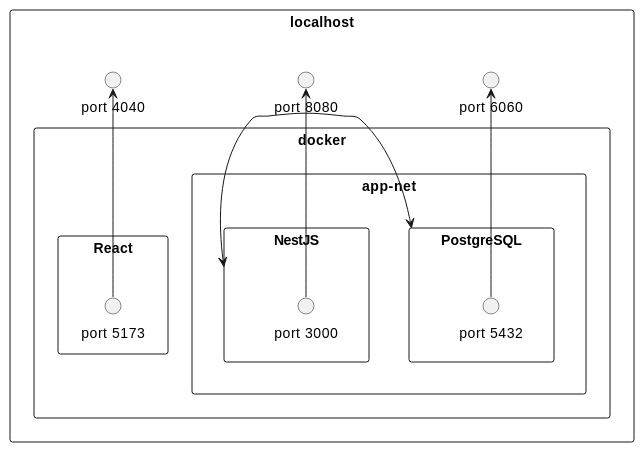
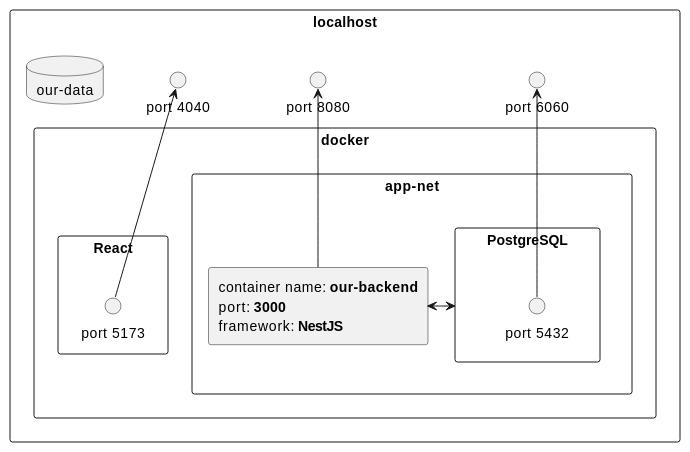
Before and after one commit to eprei/42_ft_transcendence: the diagram in docs/README.adoc, drawn with PlantUML. The commit also changed 1 other file, not shown here.

Commit message:
update diagram

```diff
--- a/docs/README.adoc
+++ b/docs/README.adoc
@@ -8,27 +8,30 @@
 [plantuml, target=assets/docker, format=svg, width=100%]
 ....
 rectangle localhost {
+	database "our-data" as our_data
 	circle "port 8080" as portout_nest
 	circle "port 6060" as portout_postgre
 	circle "port 4040" as portout_react
 
 	rectangle docker {
 		rectangle app-net {
-			rectangle NestJS {
-				circle "port 3000" as portin_nest
-			}
+			rectangle NestJS [
+				container name: <b>our-backend
+				port: <b>3000
+				framework: <b>NestJS
+			]
 			rectangle PostgreSQL {
 				circle "port 5432" as portin_postgre
 			}
 		}
 		rectangle React {
 			circle "port 5173" as portin_react
 		}
 	}
 }
 
+NestJS -up-> portout_nest
 portin_react -up-> portout_react
-portin_nest -up-> portout_nest
 portin_postgre -up-> portout_postgre
 NestJS <-le-> PostgreSQL
 ....
```
